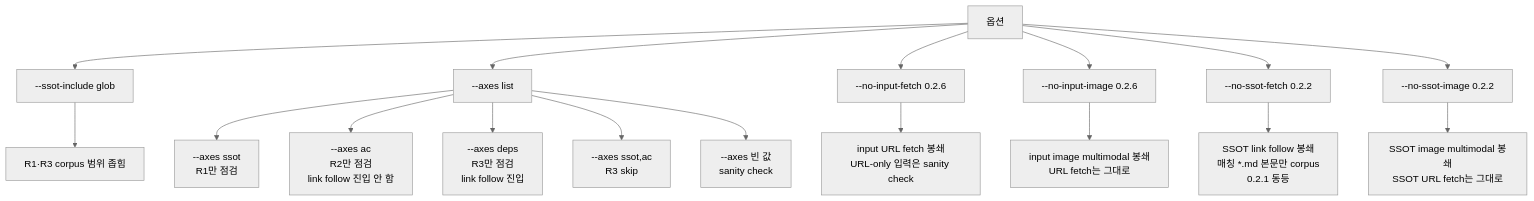
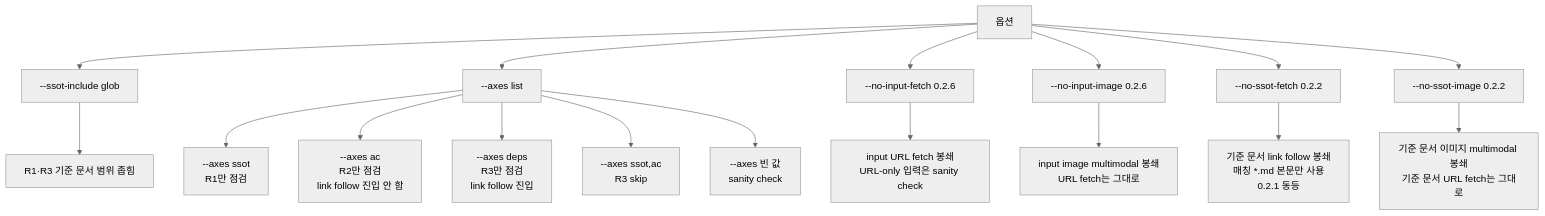
Before and after one commit to inkwonjung-colosseum/plugins: the eighth of 8 diagrams in planning-kit/docs/planning-review-workflow.md, drawn with Mermaid (neutral theme). The commit also changed other lines of this file and 19 other files, not shown here.

````diff
--- a/planning-kit/docs/planning-review-workflow.md
+++ b/planning-kit/docs/planning-review-workflow.md
@@ -216,20 +217,20 @@
 ```mermaid
 flowchart TD
   OPT[옵션] --> O1[--ssot-include glob]
   OPT --> O2[--axes list]
   OPT --> O3["--no-input-fetch 0.2.6"]
   OPT --> O4["--no-input-image 0.2.6"]
   OPT --> O5["--no-ssot-fetch 0.2.2"]
   OPT --> O6["--no-ssot-image 0.2.2"]
 
-  O1 --> E1[R1·R3 corpus 범위 좁힘]
+  O1 --> E1[R1·R3 기준 문서 범위 좁힘]
   O2 --> E2A[--axes ssot<br/>R1만 점검]
   O2 --> E2B[--axes ac<br/>R2만 점검<br/>link follow 진입 안 함]
   O2 --> E2C[--axes deps<br/>R3만 점검<br/>link follow 진입]
   O2 --> E2D[--axes ssot,ac<br/>R3 skip]
   O2 --> E2E[--axes 빈 값<br/>sanity check]
   O3 --> E3[input URL fetch 봉쇄<br/>URL-only 입력은 sanity check]
   O4 --> E4[input image multimodal 봉쇄<br/>URL fetch는 그대로]
-  O5 --> E5[SSOT link follow 봉쇄<br/>매칭 *.md 본문만 corpus<br/>0.2.1 동등]
-  O6 --> E6[SSOT image multimodal 봉쇄<br/>SSOT URL fetch는 그대로]
+  O5 --> E5[기준 문서 link follow 봉쇄<br/>매칭 *.md 본문만 사용<br/>0.2.1 동등]
+  O6 --> E6[기준 문서 이미지 multimodal 봉쇄<br/>기준 문서 URL fetch는 그대로]
 ```
````
